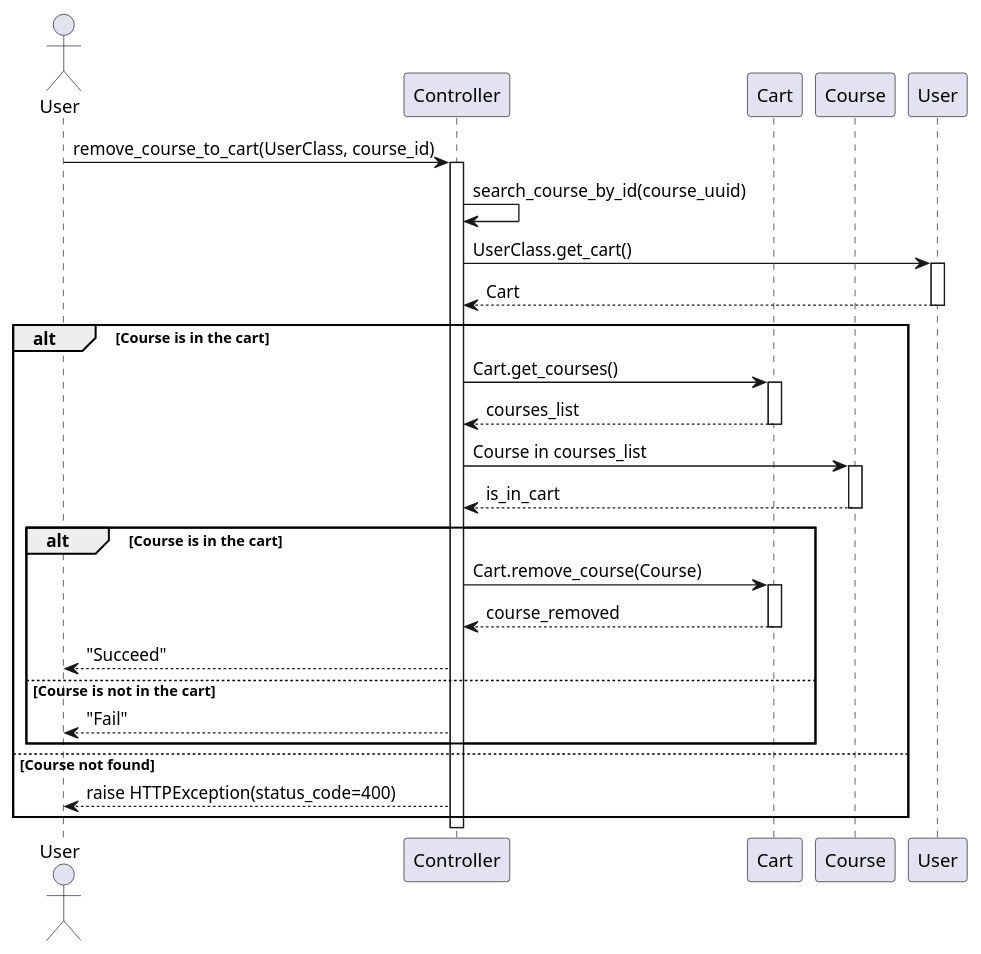
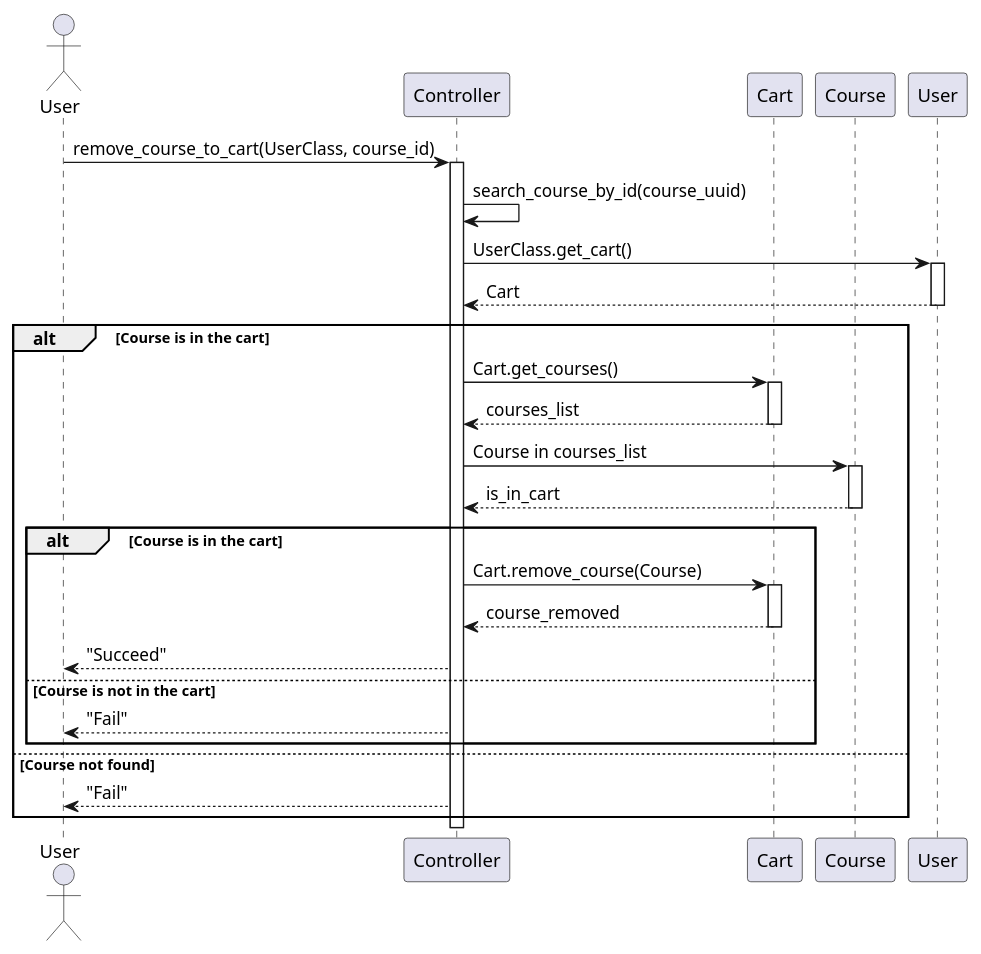
The diagram in diagrams/plantuml/cart(remove_course_in_cart).puml (KMITLSuicide/KMITL-ObjectOrientedProgramming-Project), drawn with PlantUML before and after one commit. The commit also changed 39 other files, not shown here.

```diff
--- a/diagrams/plantuml/cart(remove_course_in_cart).puml
+++ b/diagrams/plantuml/cart(remove_course_in_cart).puml
@@ -1,46 +1,46 @@
 @startuml
 
 actor User
 participant Controller
 participant Cart
 participant Course
 participant "User" as UserClass
 
 User -> Controller: remove_course_to_cart(UserClass, course_id)
 activate Controller
 
 
 Controller -> Controller: search_course_by_id(course_uuid)
 
 Controller -> UserClass: UserClass.get_cart()
 activate UserClass
 UserClass --> Controller: Cart
 deactivate UserClass
 
 alt Course is in the cart
     Controller -> Cart: Cart.get_courses()
     activate Cart
     Cart --> Controller: courses_list
     deactivate Cart
 
     Controller -> Course: Course in courses_list
     activate Course
     Course --> Controller: is_in_cart
     deactivate Course
 
     alt Course is in the cart
         Controller -> Cart: Cart.remove_course(Course)
         activate Cart
         Cart --> Controller: course_removed
         deactivate Cart
 
         Controller --> User: "Succeed"
     else Course is not in the cart
         Controller --> User: "Fail"
     end
 else Course not found
-    Controller --> User: raise HTTPException(status_code=400)
+    Controller --> User: "Fail"
 
 end
 
 @enduml
```
